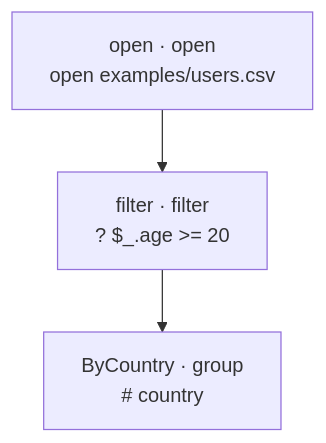
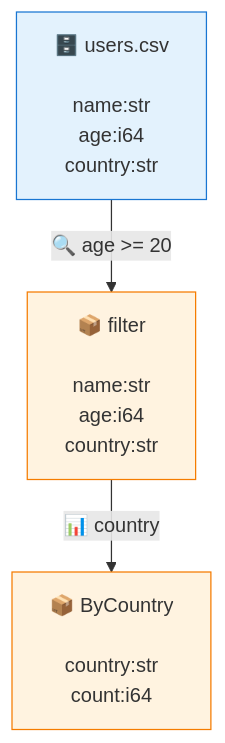
One commit to sm06224/Rivus changed the diagram in examples/literate.riv.md. Above: the diagram before and after it, drawn with Mermaid. The commit also changed other lines of this file and 5 other files, not shown here.

First line of the commit message:
feat: §32 s1+s5 — static schema propagation + dataset-centric explain (#166)

````diff
--- a/examples/literate.riv.md
+++ b/examples/literate.riv.md
@@ -41,8 +41,10 @@
 ```mermaid
 flowchart TD
-  n0["open · open<br/>open examples/users.csv"]
-  n1["filter · filter<br/> ? $_.age &gt;= 20"]
-  n2["ByCountry · group<br/> # country"]
-  n0 --> n1
-  n1 --> n2
+  n0["🗄️ users.csv<br/><br/>name:str<br/>age:i64<br/>country:str"]:::src
+  n1["📦 filter<br/><br/>name:str<br/>age:i64<br/>country:str"]:::mid
+  n2["📦 ByCountry<br/><br/>country:str<br/>count:i64"]:::mid
+  n0 -->|"🔍 age &gt;= 20"| n1
+  n1 -->|"📊 country"| n2
+  classDef src fill:#e3f2fd,stroke:#1976d2
+  classDef mid fill:#fff3e0,stroke:#f57c00
 ```
````
